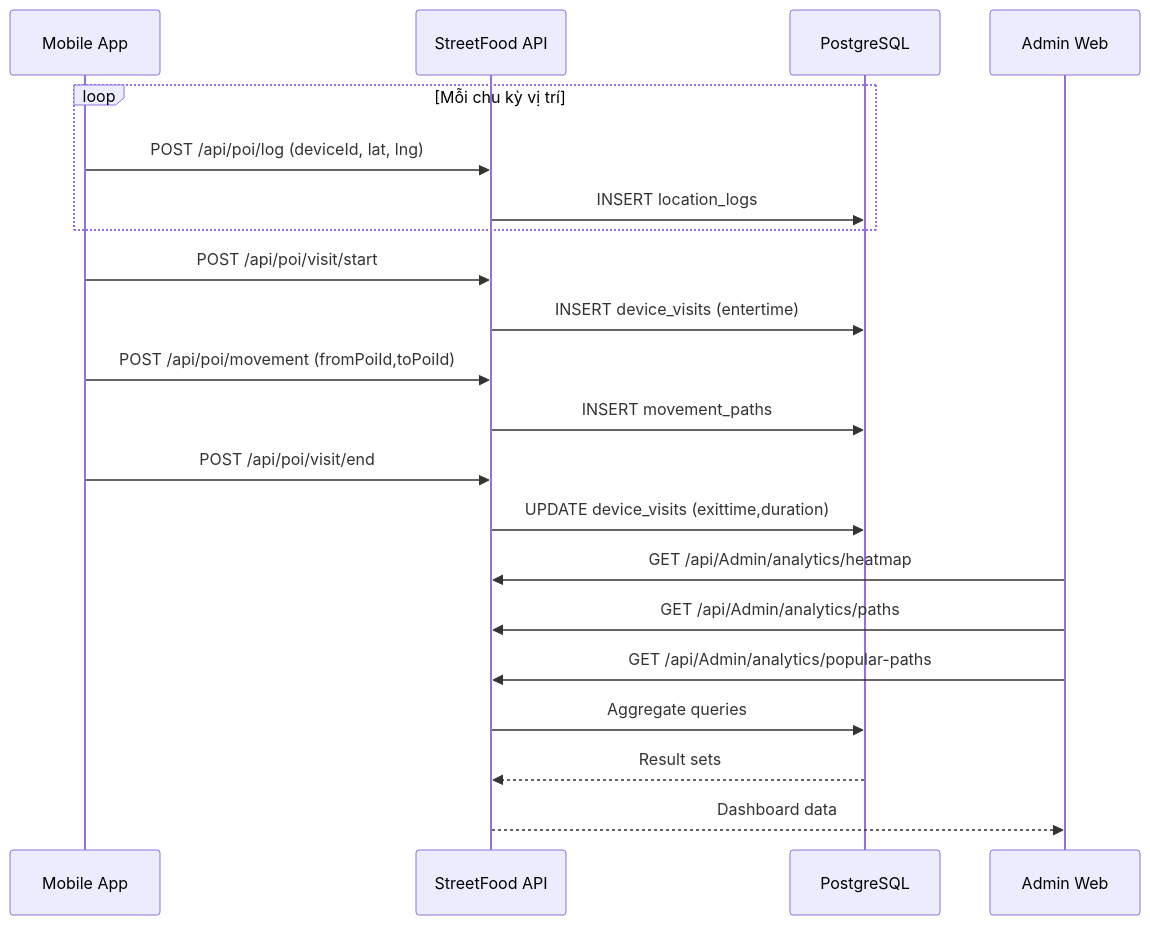
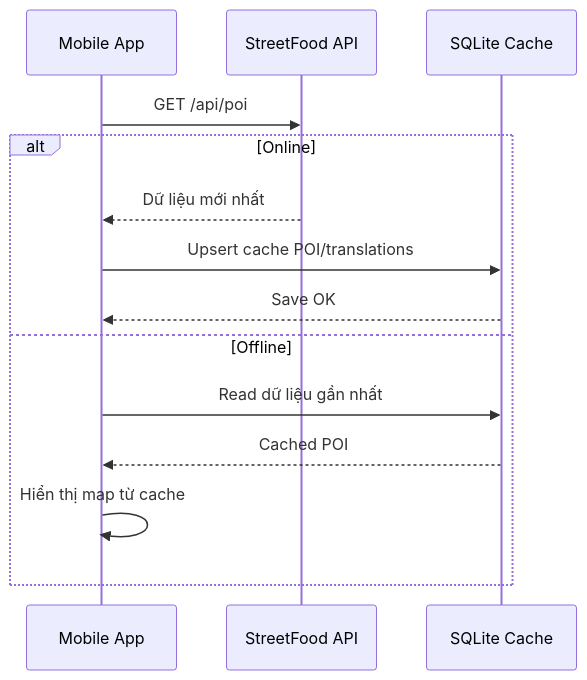
Diagram 11 of 46 in prd.md (NguyenPhuc-Du/StreetFood), drawn with Mermaid before and after one commit. The commit also changed other lines of this file and 1 other file, not shown here.

````diff
--- a/prd.md
+++ b/prd.md
@@ -782,26 +799,16 @@
 ```mermaid
 sequenceDiagram
     participant M as Mobile App
     participant API as StreetFood API
-    participant DB as PostgreSQL
-    participant A as Admin Web
-
-    loop Mỗi chu kỳ vị trí
-      M->>API: POST /api/poi/log (deviceId, lat, lng)
-      API->>DB: INSERT location_logs
+    participant C as SQLite Cache
+    M->>API: GET /api/poi
+    alt Online
+        API-->>M: Dữ liệu mới nhất
+        M->>C: Upsert cache POI/translations
+        C-->>M: Save OK
+    else Offline
+        M->>C: Read dữ liệu gần nhất
+        C-->>M: Cached POI
+        M->>M: Hiển thị map từ cache
     end
-
-    M->>API: POST /api/poi/visit/start
-    API->>DB: INSERT device_visits (entertime)
-    M->>API: POST /api/poi/movement (fromPoiId,toPoiId)
-    API->>DB: INSERT movement_paths
-    M->>API: POST /api/poi/visit/end
-    API->>DB: UPDATE device_visits (exittime,duration)
-
-    A->>API: GET /api/Admin/analytics/heatmap
-    A->>API: GET /api/Admin/analytics/paths
-    A->>API: GET /api/Admin/analytics/popular-paths
-    API->>DB: Aggregate queries
-    DB-->>API: Result sets
-    API-->>A: Dashboard data
 ```
````
